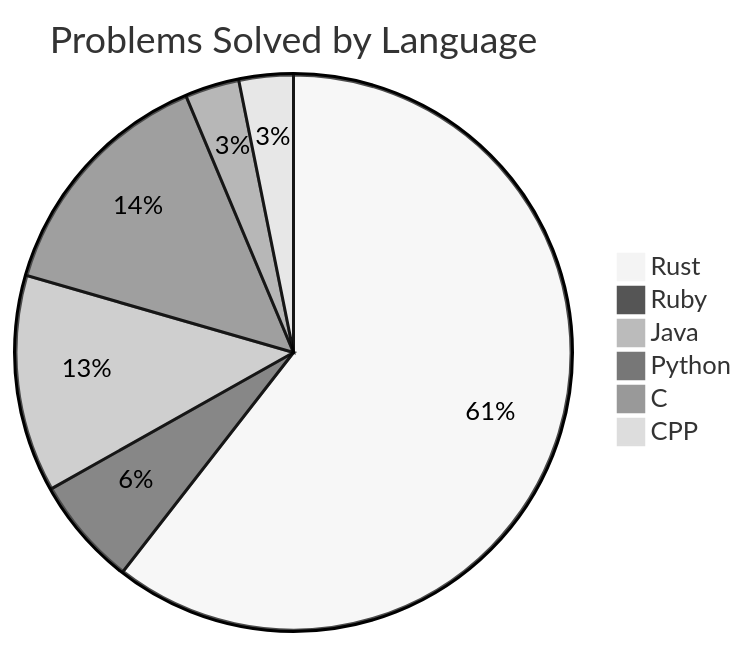
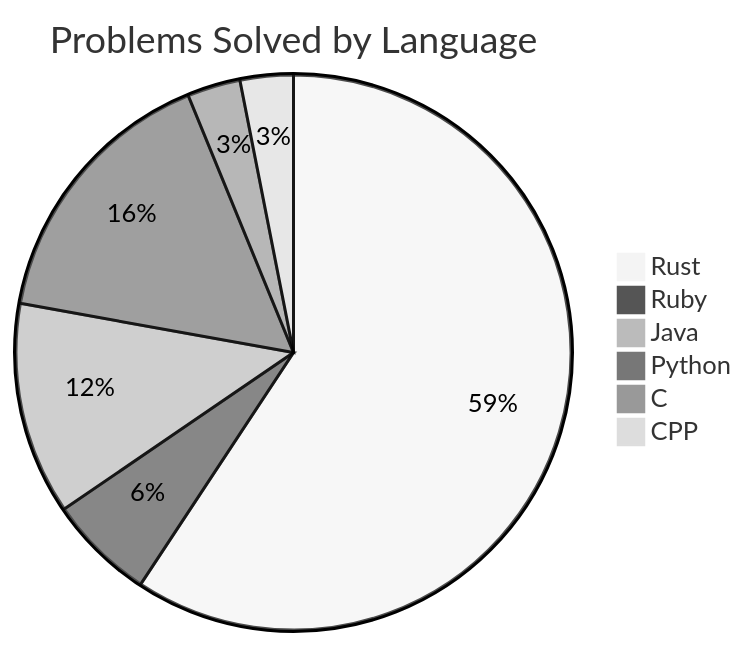
One commit to Liam-Wirth/leetcode-solutions changed the diagram in README.md. Above: the diagram before and after it, drawn with Mermaid (neutral theme). The commit also changed other lines of this file and 3 other files, not shown here.

````diff
--- a/README.md
+++ b/README.md
@@ -28,9 +28,9 @@
 ```mermaid
 pie title Problems Solved by Language
     "Rust": 115
     "Ruby": 12
     "Java": 24
-    "Python": 27
+    "Python": 31
     "C": 6
     "CPP": 6
 ```
````
